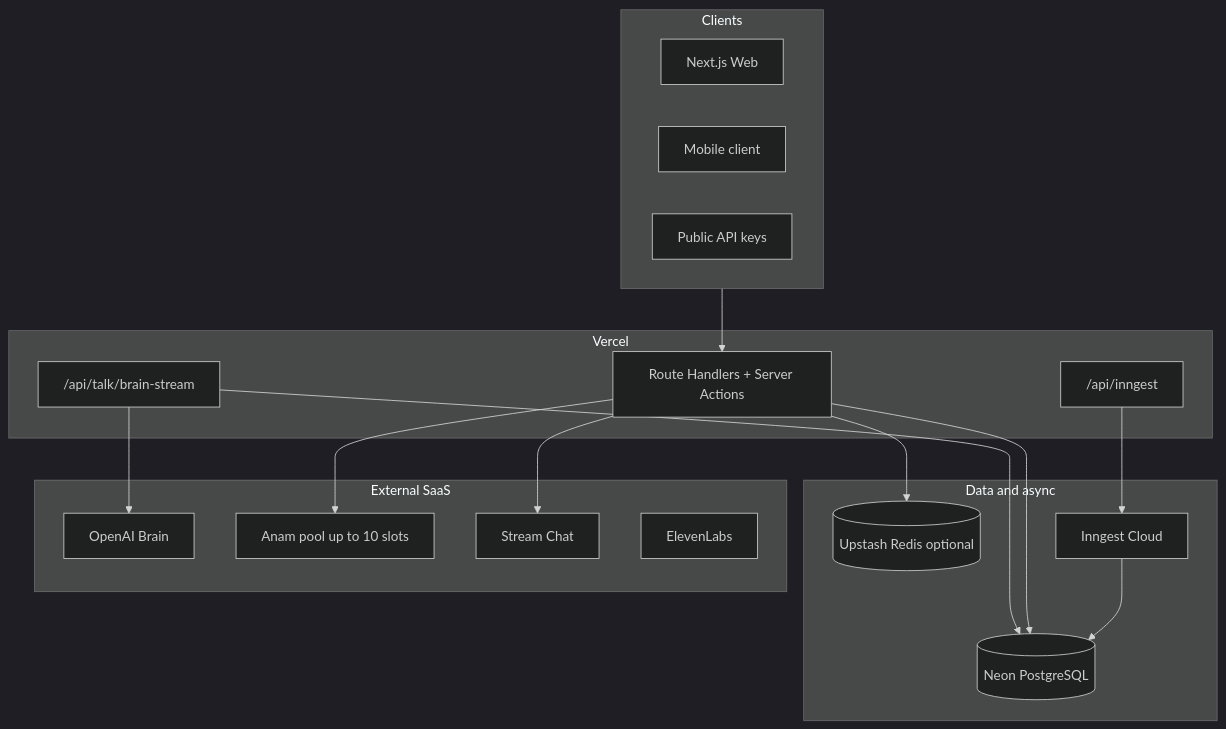
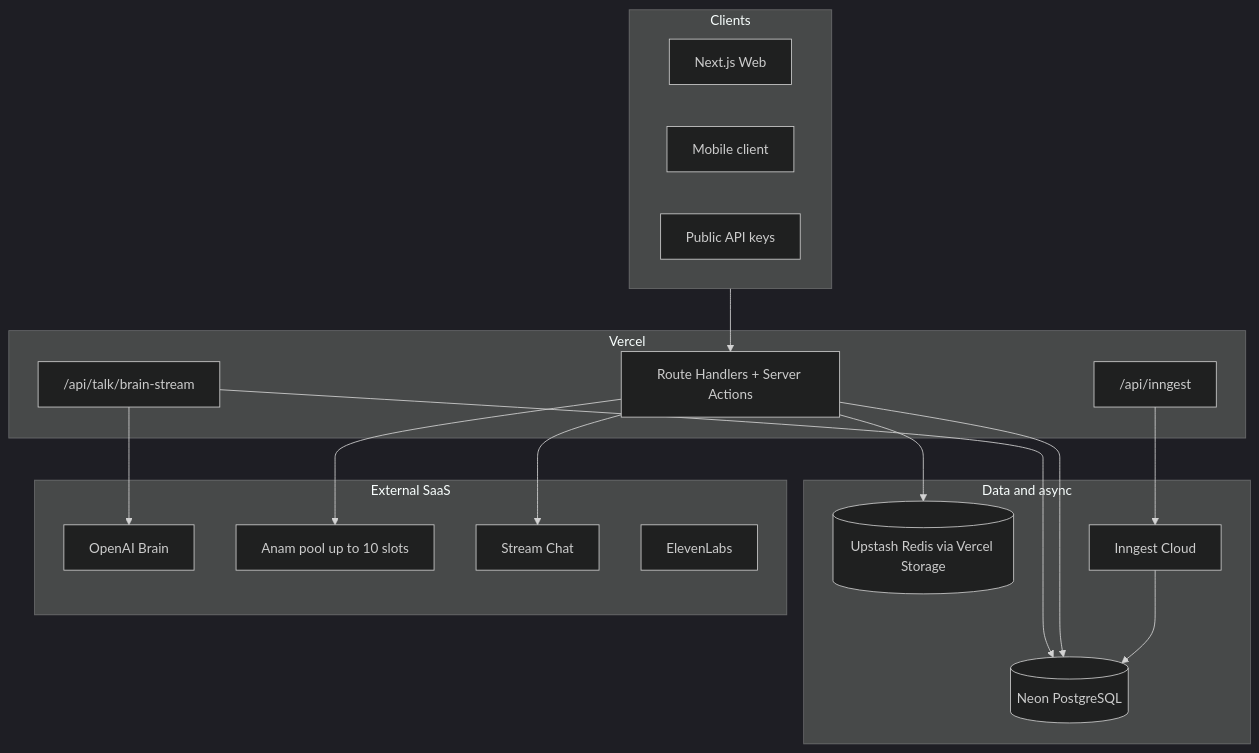
The first of 2 diagrams in docs/SCALING_2026-07-04.md (MagistrTheOne/NULLXES-PLATFORM-DIGITAL-EMPLOYEES), drawn with Mermaid (dark theme) before and after one commit. The commit also changed other lines of this file and 6 other files, not shown here.

First line of the commit message:
feat(redis): auto-link Vercel Storage for rate limits [extension experimental]

````diff
--- a/docs/SCALING_2026-07-04.md
+++ b/docs/SCALING_2026-07-04.md
@@ -14,37 +14,37 @@
 ```mermaid
 flowchart TB
   subgraph clients [Clients]
     Web[Next.js Web]
     Mobile[Mobile client]
     API[Public API keys]
   end
 
   subgraph vercel [Vercel]
     Routes[Route Handlers + Server Actions]
     BrainStream["/api/talk/brain-stream"]
     InngestRoute["/api/inngest"]
   end
 
   subgraph data [Data and async]
     Neon[(Neon PostgreSQL)]
-    Redis[(Upstash Redis optional)]
+    Redis[(Upstash Redis via Vercel Storage)]
     Inngest[Inngest Cloud]
   end
 
   subgraph external [External SaaS]
     OpenAI[OpenAI Brain]
     Anam[Anam pool up to 10 slots]
     Stream[Stream Chat]
     ElevenLabs[ElevenLabs]
   end
 
   clients --> Routes
   BrainStream --> OpenAI
   BrainStream --> Neon
   Routes --> Neon
   Routes --> Redis
   InngestRoute --> Inngest
   Inngest --> Neon
   Routes --> Anam
   Routes --> Stream
 ```
````
